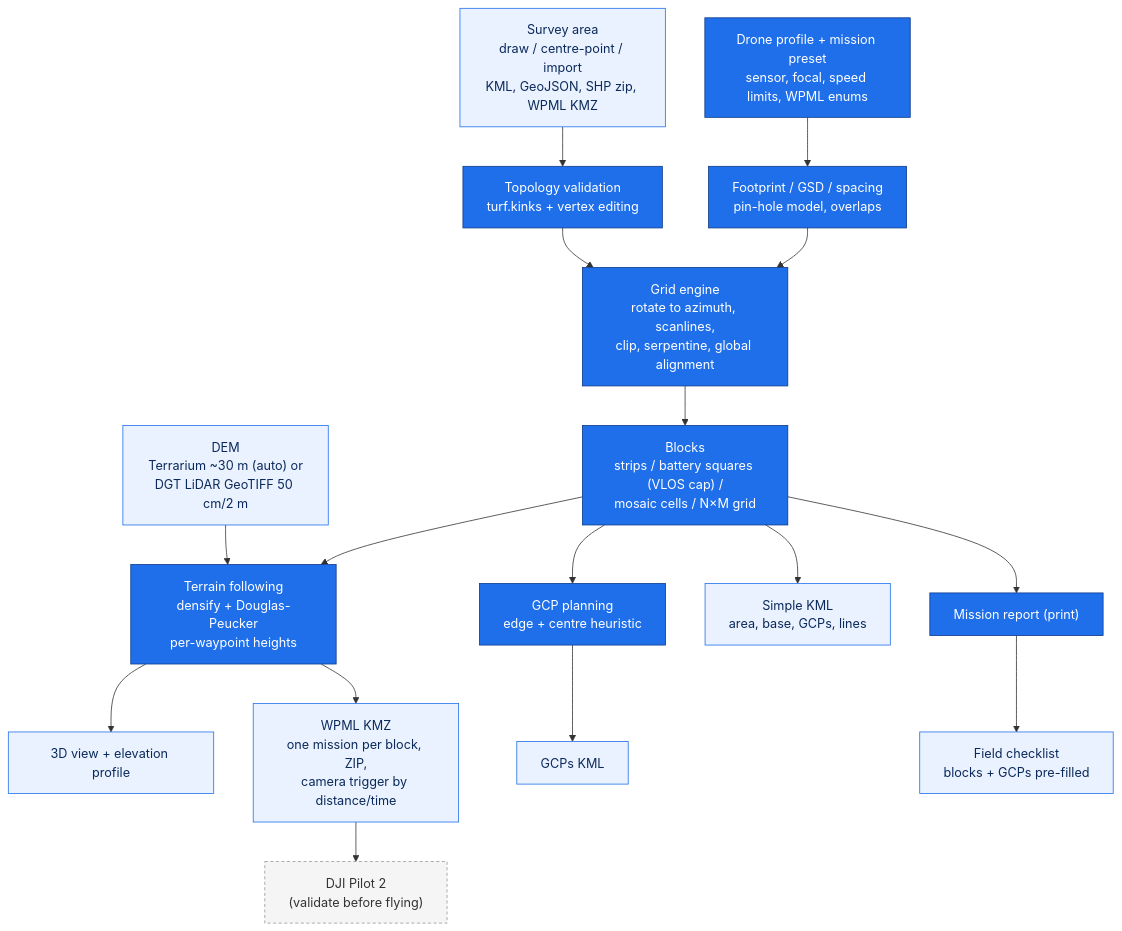
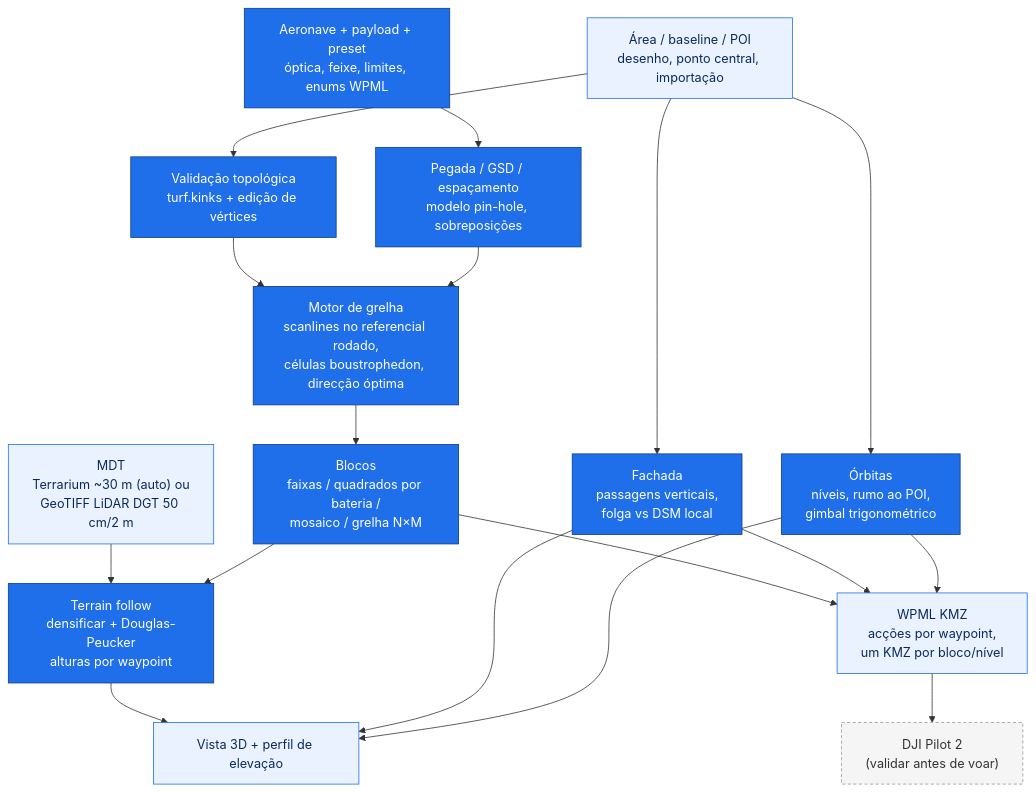
The diagram in README.md (PedroMMGoncalves/dji-mission-planner), drawn with Mermaid before and after one commit. The commit also changed other lines of this file and 1 other file, not shown here.

````diff
--- a/README.md
+++ b/README.md
@@ -60,28 +67,31 @@
 ```mermaid
 flowchart TD
-    P["Drone profile + mission preset<br/>sensor, focal, speed limits, WPML enums"]
-    P --> C["Footprint / GSD / spacing<br/>pin-hole model, overlaps"]
-    A["Survey area<br/>draw / centre-point / import<br/>KML, GeoJSON, SHP zip, WPML KMZ"]
-    A --> V["Topology validation<br/>turf.kinks + vertex editing"]
-    V --> G["Grid engine<br/>rotate to azimuth, scanlines,<br/>clip, serpentine, global alignment"]
+    P["Aeronave + payload + preset<br/>óptica, feixe, limites, enums WPML"]
+    P --> C["Pegada / GSD / espaçamento<br/>modelo pin-hole, sobreposições"]
+    A["Área / baseline / POI<br/>desenho, ponto central, importação"]
+    A --> V["Validação topológica<br/>turf.kinks + edição de vértices"]
+    V --> G["Motor de grelha<br/>scanlines no referencial rodado,<br/>células boustrophedon, direcção óptima"]
     C --> G
-    G --> B["Blocks<br/>strips / battery squares (VLOS cap) /<br/>mosaic cells / N×M grid"]
-    D["DEM<br/>Terrarium ~30 m (auto) or<br/>DGT LiDAR GeoTIFF 50 cm/2 m"]
-    D --> T["Terrain following<br/>densify + Douglas-Peucker<br/>per-waypoint heights"]
+    G --> B["Blocos<br/>faixas / quadrados por bateria /<br/>mosaico / grelha N×M"]
+    D["MDT<br/>Terrarium ~30 m (auto) ou<br/>GeoTIFF LiDAR DGT 50 cm/2 m"]
+    D --> T["Terrain follow<br/>densificar + Douglas-Peucker<br/>alturas por waypoint"]
     B --> T
-    T --> O3["3D view + elevation profile"]
-    B --> GCP["GCP planning<br/>edge + centre heuristic"]
-    B --> E1["Simple KML<br/>area, base, GCPs, lines"]
-    T --> E2["WPML KMZ<br/>one mission per block, ZIP,<br/>camera trigger by distance/time"]
-    GCP --> E3["GCPs KML"]
-    B --> R["Mission report (print)"]
-    R --> FLD["Field checklist<br/>blocks + GCPs pre-filled"]
-    E2 --> PILOT["DJI Pilot 2<br/>(validate before flying)"]
+    FC["Fachada<br/>passagens verticais,<br/>folga vs DSM local"]
+    OR["Órbitas<br/>níveis, rumo ao POI,<br/>gimbal trigonométrico"]
+    A --> FC
+    A --> OR
+    T --> O3["Vista 3D + perfil de elevação"]
+    FC --> O3
+    OR --> O3
+    B --> E2["WPML KMZ<br/>acções por waypoint,<br/>um KMZ por bloco/nível"]
+    FC --> E2
+    OR --> E2
+    E2 --> PILOT["DJI Pilot 2<br/>(validar antes de voar)"]
 
     classDef step fill:#1f6feb,stroke:#0d3b8a,color:#ffffff;
     classDef data fill:#eaf2ff,stroke:#1f6feb,color:#0b2a5b;
     classDef ext fill:#f5f5f5,stroke:#999999,color:#333333,stroke-dasharray:4 3;
-    class P,C,V,G,B,T,GCP,R step;
-    class A,D,O3,E1,E2,E3,FLD data;
+    class P,C,V,G,B,T,FC,OR step;
+    class A,D,O3,E2 data;
     class PILOT ext;
 ```
````
